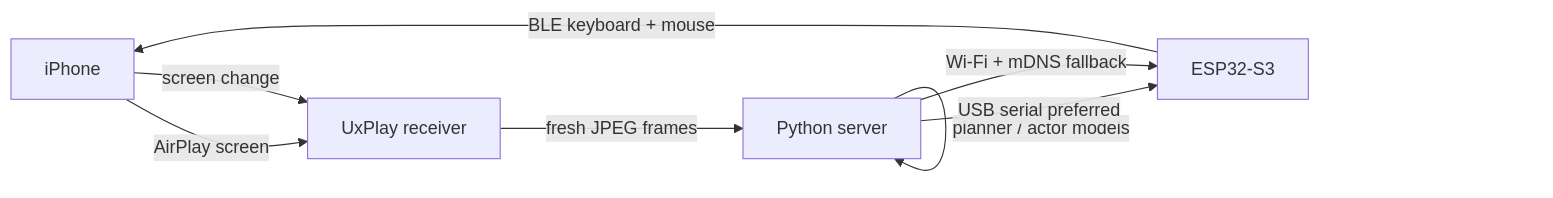
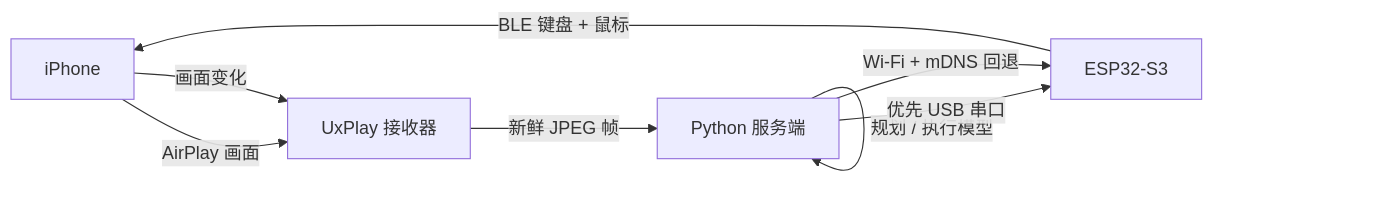
Before and after one commit to hi-unc1e/cv: the diagram in content/zh/posts/penetration/esp32-iphone-ble-hid-agent.md, drawn with Mermaid.

Commit message:
fix(content): localize architecture chart

````diff
--- a/content/zh/posts/penetration/esp32-iphone-ble-hid-agent.md
+++ b/content/zh/posts/penetration/esp32-iphone-ble-hid-agent.md
@@ -28,10 +28,10 @@
 ```mermaid
 flowchart LR
-    P[iPhone] -- "AirPlay screen" --> U[UxPlay receiver]
-    U -- "fresh JPEG frames" --> S[Python server]
-    S -- "planner / actor models" --> S
-    S -- "USB serial preferred" --> E[ESP32-S3]
-    S -- "Wi-Fi + mDNS fallback" --> E
-    E -- "BLE keyboard + mouse" --> P
-    P -- "screen change" --> U
+    P[iPhone] -- "AirPlay 画面" --> U[UxPlay 接收器]
+    U -- "新鲜 JPEG 帧" --> S[Python 服务端]
+    S -- "规划 / 执行模型" --> S
+    S -- "优先 USB 串口" --> E[ESP32-S3]
+    S -- "Wi-Fi + mDNS 回退" --> E
+    E -- "BLE 键盘 + 鼠标" --> P
+    P -- "画面变化" --> U
 ```
````
